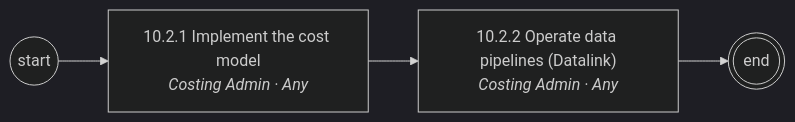
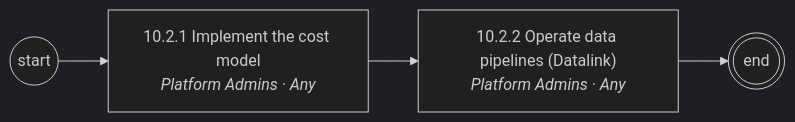
One commit to corbyjames/apptio-process-catalog changed the third of 8 diagrams in diagrams/mermaid/area-10.md. Above: the diagram before and after it, drawn with Mermaid (dark theme). The commit also changed other lines of this file and 251 other files, not shown here.

````diff
--- a/diagrams/mermaid/area-10.md
+++ b/diagrams/mermaid/area-10.md
@@ -47,9 +47,9 @@
 ```mermaid
 flowchart LR
   S((start))
-  N10_2_1["10.2.1 Implement the cost model<br/><i>Costing Admin · Any</i>"]
+  N10_2_1["10.2.1 Implement the cost model<br/><i>Platform Admins · Any</i>"]
   S --> N10_2_1
-  N10_2_2["10.2.2 Operate data pipelines (Datalink)<br/><i>Costing Admin · Any</i>"]
+  N10_2_2["10.2.2 Operate data pipelines (Datalink)<br/><i>Platform Admins · Any</i>"]
   N10_2_1 --> N10_2_2
   N10_2_2 --> E(((end)))
 ```
````
